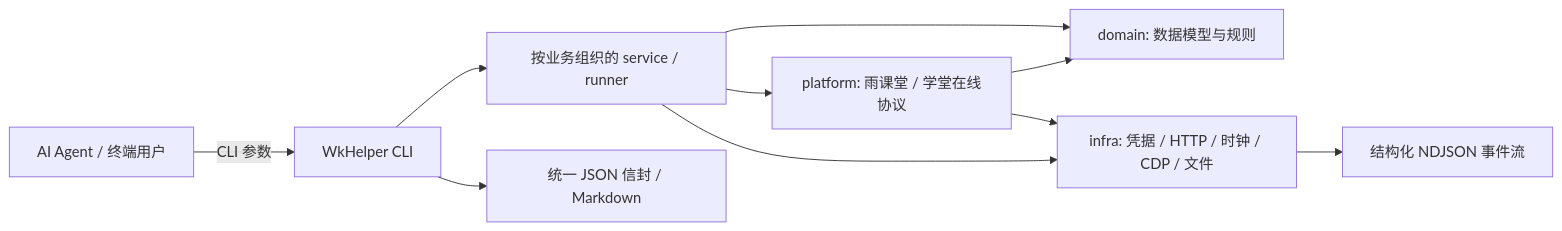
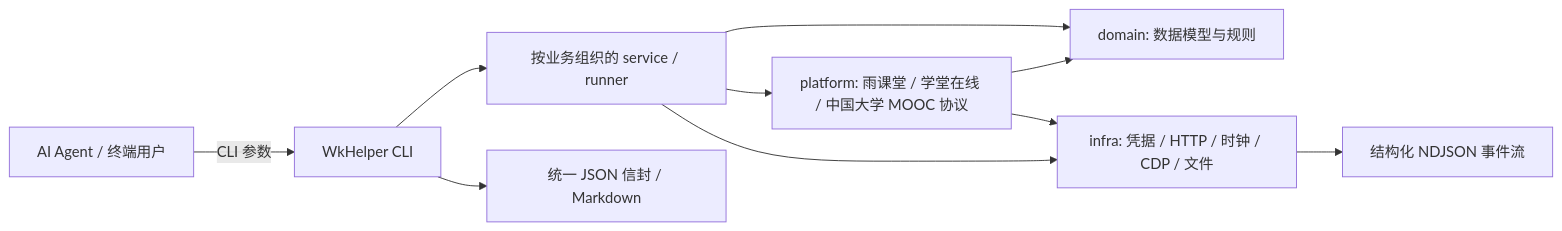
Before and after one commit to L-1124/WkHelper: the diagram in README.md, drawn with Mermaid. The commit also changed other lines of this file and 20 other files, not shown here.

````diff
--- a/README.md
+++ b/README.md
@@ -35,12 +35,12 @@
 ```mermaid
 flowchart LR
     A[AI Agent / 终端用户] -->|CLI 参数| B[WkHelper CLI]
     B --> C[按业务组织的 service / runner]
     C --> D[domain: 数据模型与规则]
-    C --> E[platform: 雨课堂 / 学堂在线协议]
+    C --> E[platform: 雨课堂 / 学堂在线 / 中国大学 MOOC 协议]
     C --> F[infra: 凭据 / HTTP / 时钟 / CDP / 文件]
     E --> D
     E --> F
     B --> G[统一 JSON 信封 / Markdown]
     F --> H[结构化 NDJSON 事件流]
 ```
````
